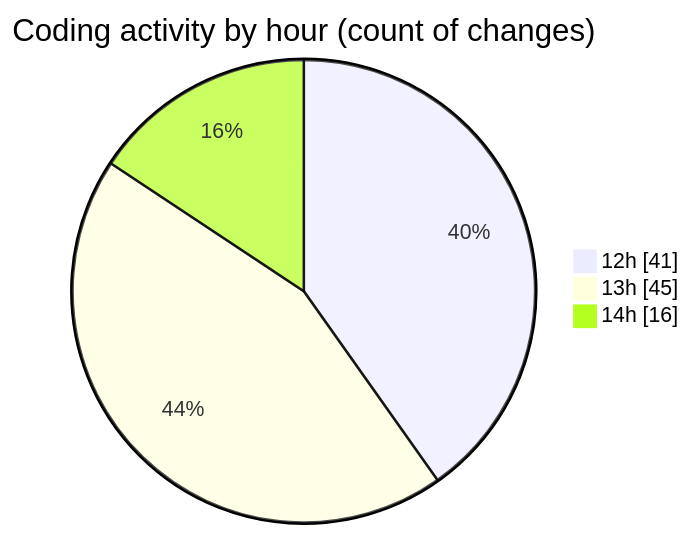
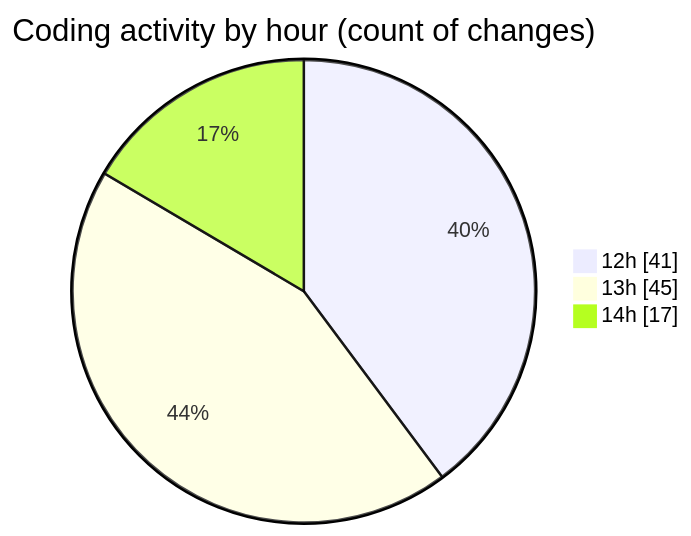
Before and after one commit to momahboobian/code-tracking: the second of 2 diagrams in 2025-12-02/cda/README.md, drawn with Mermaid. The commit also changed other lines of this file and 1 other file, not shown here.

````diff
--- a/2025-12-02/cda/README.md
+++ b/2025-12-02/cda/README.md
@@ -39,7 +40,7 @@
 ```mermaid
 pie showData
 title Coding activity by hour (count of changes)
 "12h" : 41
 "13h" : 45
-"14h" : 16
+"14h" : 17
 ```
````
